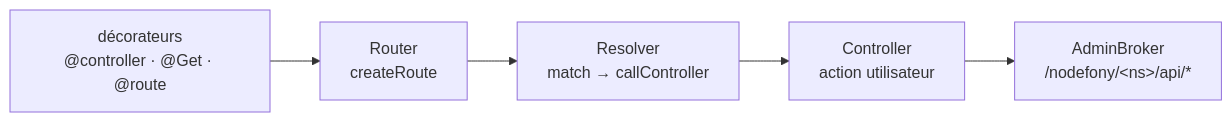
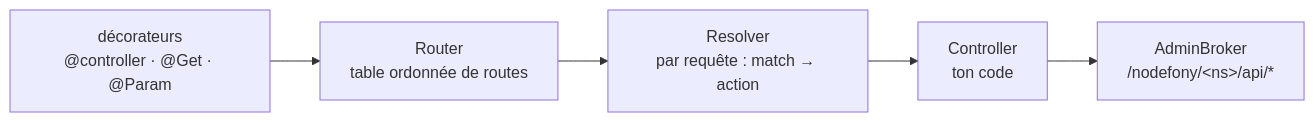
The diagram in src/packages/@nodefony/framework/docs/index.md (nodefony/nodefony-core), drawn with Mermaid before and after one commit. The commit also changed other lines of this file and 1 other file, not shown here.

````diff
--- a/src/packages/@nodefony/framework/docs/index.md
+++ b/src/packages/@nodefony/framework/docs/index.md
@@ -23,7 +90,7 @@
 ```mermaid
 flowchart LR
-  DEC["décorateurs<br/>@controller · @Get · @route"] --> RT["Router<br/>createRoute"]
-  RT --> RS["Resolver<br/>match → callController"]
-  RS --> C["Controller<br/>action utilisateur"]
+  DEC["décorateurs<br/>@controller · @Get · @Param"] --> RT["Router<br/>table ordonnée de routes"]
+  RT --> RS["Resolver<br/>par requête : match → action"]
+  RS --> C["Controller<br/>ton code"]
   C --> AB["AdminBroker<br/>/nodefony/&lt;ns&gt;/api/*"]
 ```
````
